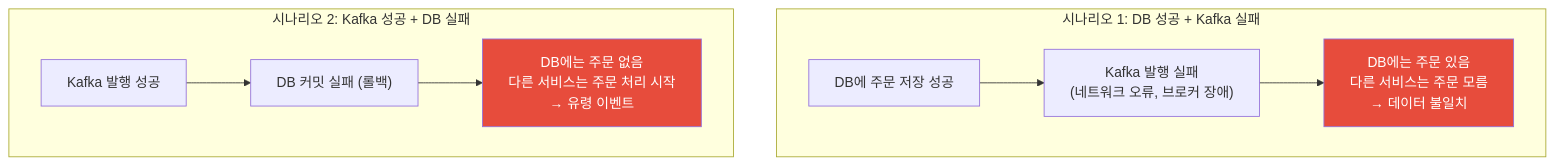
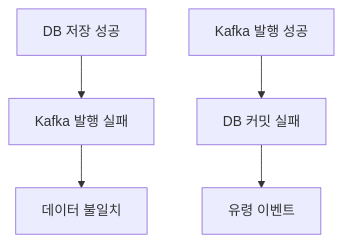
Before and after one commit to yjkim2015/yjkim2015.github.io: the first of 6 diagrams in _posts/kafka/2026-05-01-kafka-outbox-cdc.md, drawn with Mermaid. The commit also changed other lines of this file and 215 other files, not shown here.

First line of the commit message:
신규 포스트 10개 추가 + Mermaid 전면 축소 + SystemDesign 시리즈 보강

````diff
--- a/_posts/kafka/2026-05-01-kafka-outbox-cdc.md
+++ b/_posts/kafka/2026-05-01-kafka-outbox-cdc.md
@@ -35,19 +35,5 @@
 ```mermaid
 graph TD
-    subgraph "시나리오 1: DB 성공 + Kafka 실패"
-        S1A["DB에 주문 저장 성공"]
-        S1B["Kafka 발행 실패\n(네트워크 오류, 브로커 장애)"]
-        S1C["DB에는 주문 있음\n다른 서비스는 주문 모름\n→ 데이터 불일치"]
-        S1A --> S1B --> S1C
-    end
-
-    subgraph "시나리오 2: Kafka 성공 + DB 실패"
-        S2A["Kafka 발행 성공"]
-        S2B["DB 커밋 실패 (롤백)"]
-        S2C["DB에는 주문 없음\n다른 서비스는 주문 처리 시작\n→ 유령 이벤트"]
-        S2A --> S2B --> S2C
-    end
-
-    style S1C fill:#e74c3c,color:#fff
-    style S2C fill:#e74c3c,color:#fff
+    S1A["DB 저장 성공"] --> S1B["Kafka 발행 실패"] --> S1C["데이터 불일치"]
+    S2A["Kafka 발행 성공"] --> S2B["DB 커밋 실패"] --> S2C["유령 이벤트"]
 ```
````
